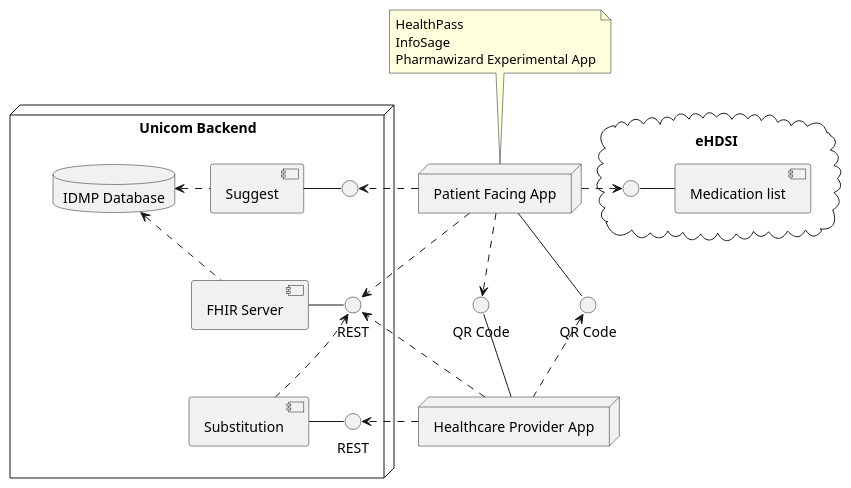
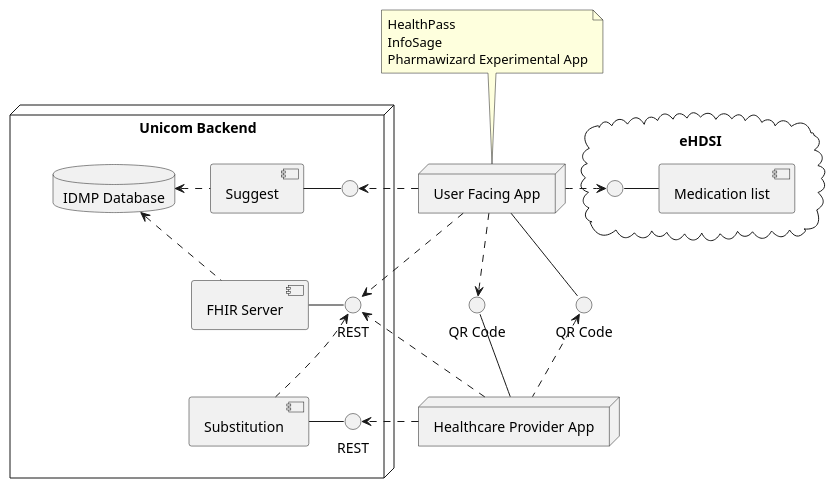
The diagram in uml/component/component.puml (unicom-project-eu/wp6-db-api), drawn with PlantUML before and after one commit.

Commit message:
Changed Patient into User

```diff
--- a/uml/component/component.puml
+++ b/uml/component/component.puml
@@ -1,72 +1,72 @@
 @startuml
 
 node "Unicom Backend" as unicomBackend {
     together {
         interface " " as suggestInt
         component "Suggest" as suggest
         suggest - suggestInt
 
         interface REST
         component "FHIR Server" as fhir
         fhir - REST
     }
 
     together {
         component "Substitution" as substitution
         interface "REST" as substitutionInt
         substitution - substitutionInt
     }
 
     database "IDMP Database" as idmpDb
 
     idmpDb <.r. fhir
     idmpDb <.r. suggest
     suggest -[hidden]- fhir
     REST <.. substitution
 }
 
 together {
     interface "QR Code" as qrCodeUser
     interface "QR Code" as qrCodePharmacist
 }
 
 together {
-    node "Patient Facing App" as patientApp {
+    node "User Facing App" as userApp {
     }
 
-    patientApp .d.> qrCodePharmacist
-    patientApp -d- qrCodeUser
-    suggestInt <.l. patientApp
+    userApp .d.> qrCodePharmacist
+    userApp -d- qrCodeUser
+    suggestInt <.l. userApp
 
-    note top of patientApp {
+    note top of userApp {
         HealthPass
         InfoSage
         Pharmawizard Experimental App
     }
 }
 
 cloud "eHDSI" {
     together {
         component "Medication list" as medicationList
 
         interface " " as medicationListInt
         medicationListInt - medicationList
     }
 }
 
-patientApp .r.> medicationListInt
-patientApp .> REST
+userApp .r.> medicationListInt
+userApp .> REST
 
 together {
     node "Healthcare Provider App" as pharmacistApp
 
     qrCodeUser <.d. pharmacistApp
     qrCodePharmacist -d- pharmacistApp
     substitutionInt <.l. pharmacistApp
 }
 
-unicomBackend -[hidden] patientApp
+unicomBackend -[hidden] userApp
 
 pharmacistApp .> REST
 
 @enduml
```
